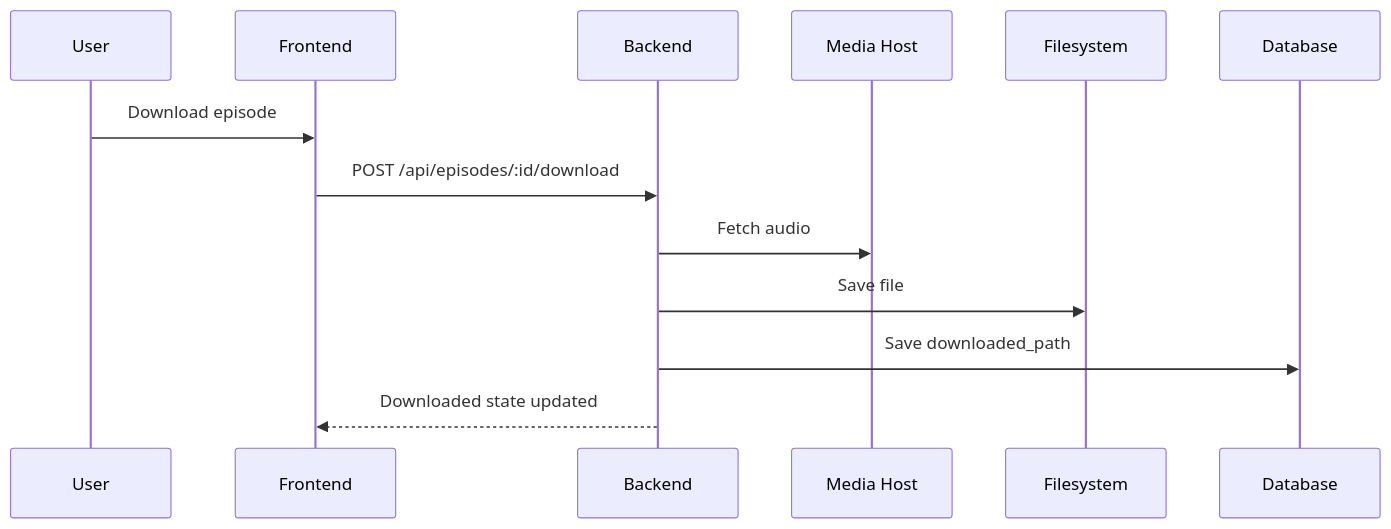
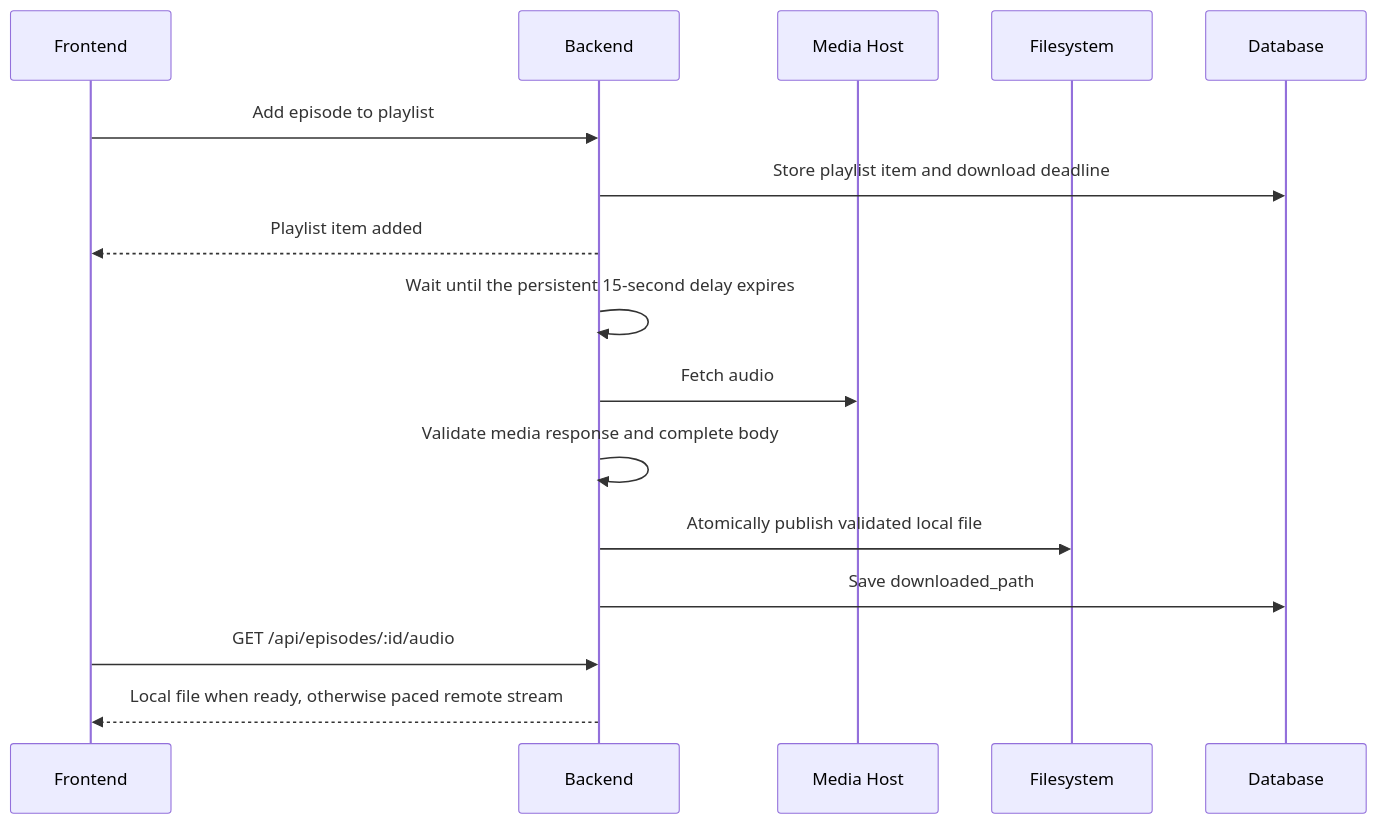
Before and after one commit to alnat2/mpod: the fourth of 5 diagrams in docs/architecture.md, drawn with Mermaid. The commit also changed other lines of this file and 1 other file, not shown here.

Commit message:
docs: finalize smart listening flow

````diff
--- a/docs/architecture.md
+++ b/docs/architecture.md
@@ -363,16 +363,19 @@
 ```mermaid
 sequenceDiagram
-  participant U as User
   participant F as Frontend
   participant B as Backend
   participant M as Media Host
   participant FS as Filesystem
   participant D as Database
 
-  U->>F: Download episode
-  F->>B: POST /api/episodes/:id/download
+  F->>B: Add episode to playlist
+  B->>D: Store playlist item and download deadline
+  B-->>F: Playlist item added
+  B->>B: Wait until the persistent 15-second delay expires
   B->>M: Fetch audio
-  B->>FS: Save file
+  B->>B: Validate media response and complete body
+  B->>FS: Atomically publish validated local file
   B->>D: Save downloaded_path
-  B-->>F: Downloaded state updated
+  F->>B: GET /api/episodes/:id/audio
+  B-->>F: Local file when ready, otherwise paced remote stream
 ```
````
